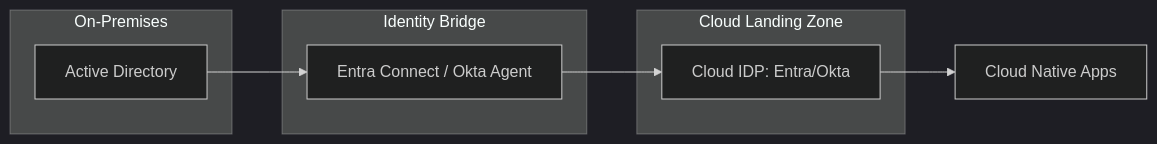
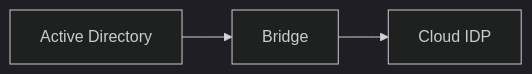
One commit to Devopstrio/identity-landingzone changed the second of 30 diagrams in README.md. Above: the diagram before and after it, drawn with Mermaid (dark theme). The commit also changed other lines of this file, not shown here.

Commit message:
docs: expand README with 30+ architectural diagrams

````diff
--- a/README.md
+++ b/README.md
@@ -84,15 +39,5 @@
 ```mermaid
 graph LR
-    subgraph "On-Premises"
-        AD[Active Directory]
-    end
-    subgraph "Identity Bridge"
-        Connect[Entra Connect / Okta Agent]
-    end
-    subgraph "Cloud Landing Zone"
-        IDP[Cloud IDP: Entra/Okta]
-    end
-    AD --> Connect
-    Connect --> IDP
-    IDP --> CloudApps[Cloud Native Apps]
+    AD[Active Directory] --> Bridge[Bridge]
+    Bridge --> IDP[Cloud IDP]
 ```
````
